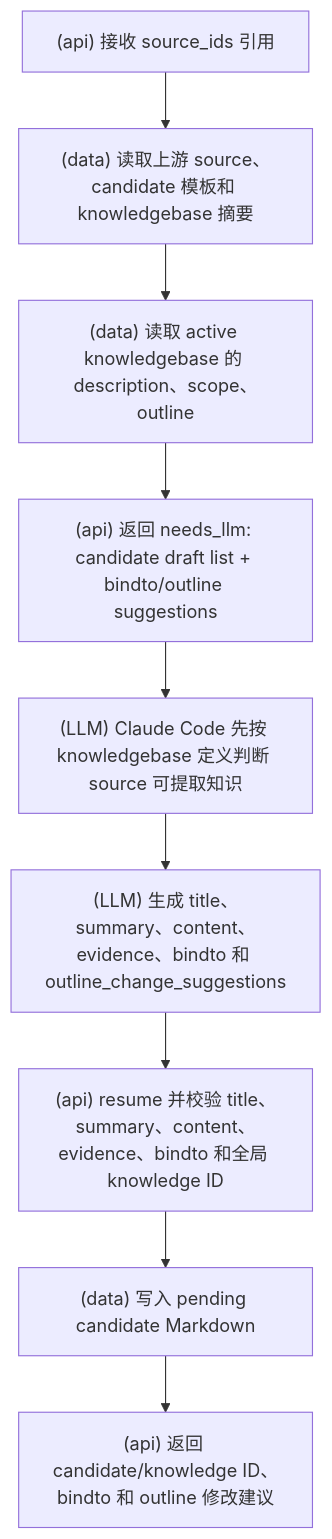
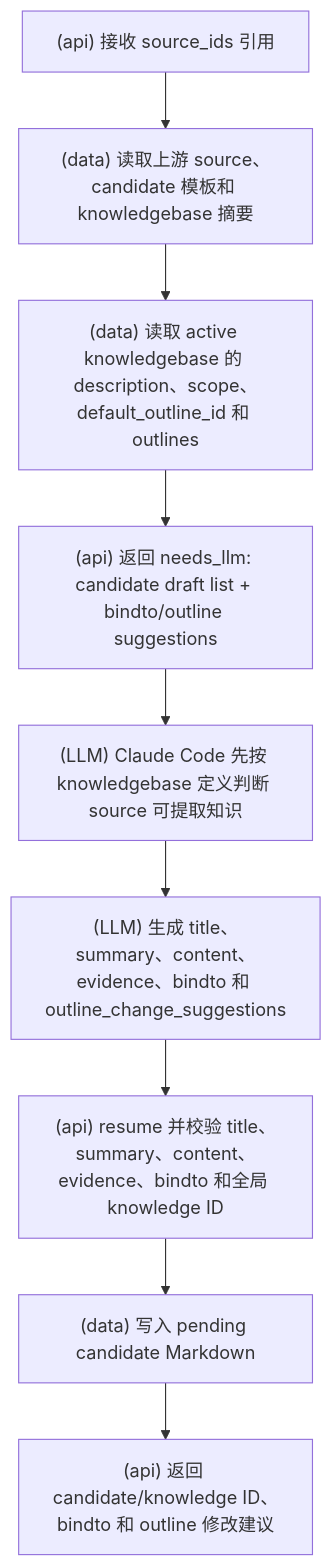
The fourth of 21 diagrams in docs/流程图.md (srangerme/KBManager), drawn with Mermaid before and after one commit. The commit also changed other lines of this file and 13 other files, not shown here.

````diff
--- a/docs/流程图.md
+++ b/docs/流程图.md
@@ -79,11 +81,11 @@
 ```mermaid
 flowchart TD
   A["(api) 接收 source_ids 引用"] --> B["(data) 读取上游 source、candidate 模板和 knowledgebase 摘要"]
-  B --> C["(data) 读取 active knowledgebase 的 description、scope、outline"]
+  B --> C["(data) 读取 active knowledgebase 的 description、scope、default_outline_id 和 outlines"]
   C --> D["(api) 返回 needs_llm: candidate draft list + bindto/outline suggestions"]
   D --> E["(LLM) Claude Code 先按 knowledgebase 定义判断 source 可提取知识"]
   E --> F["(LLM) 生成 title、summary、content、evidence、bindto 和 outline_change_suggestions"]
   F --> G["(api) resume 并校验 title、summary、content、evidence、bindto 和全局 knowledge ID"]
   G --> H["(data) 写入 pending candidate Markdown"]
   H --> I["(api) 返回 candidate/knowledge ID、bindto 和 outline 修改建议"]
 ```
````
